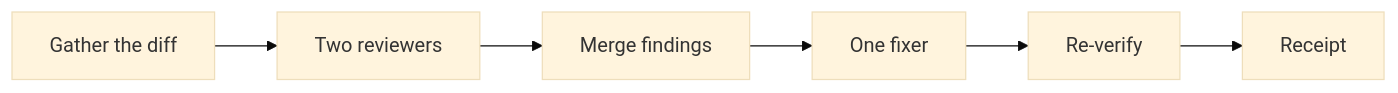
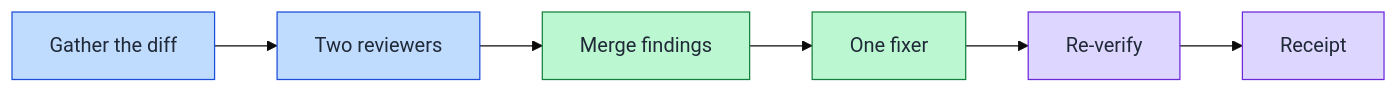
The diagram in docs/diagrams/pages/review-gates.md (victusfate/scaffold), drawn with Mermaid (base theme) before and after one commit. The commit also changed other lines of this file and 20 other files, not shown here.

First line of the commit message:
docs(diagram-explorer-md): lane colors from the diagram palette; short LLM block

````diff
--- a/docs/diagrams/pages/review-gates.md
+++ b/docs/diagrams/pages/review-gates.md
@@ -7,8 +7,14 @@
 ```mermaid
 flowchart LR
   n_gather["Gather the diff"] --> n_reviewers["Two reviewers"]
   n_reviewers["Two reviewers"] --> n_merge["Merge findings"]
   n_merge["Merge findings"] --> n_fixer["One fixer"]
   n_fixer["One fixer"] --> n_reverify["Re-verify"]
   n_reverify["Re-verify"] --> n_receipt["Receipt"]
+  classDef lane0 fill:#bfdbfe,stroke:#1d4ed8,color:#1f2937
+  classDef lane1 fill:#bbf7d0,stroke:#15803d,color:#1f2937
+  classDef lane2 fill:#ddd6fe,stroke:#6d28d9,color:#1f2937
+  class n_gather,n_reviewers lane0
+  class n_merge,n_fixer lane1
+  class n_reverify,n_receipt lane2
 ```
````
